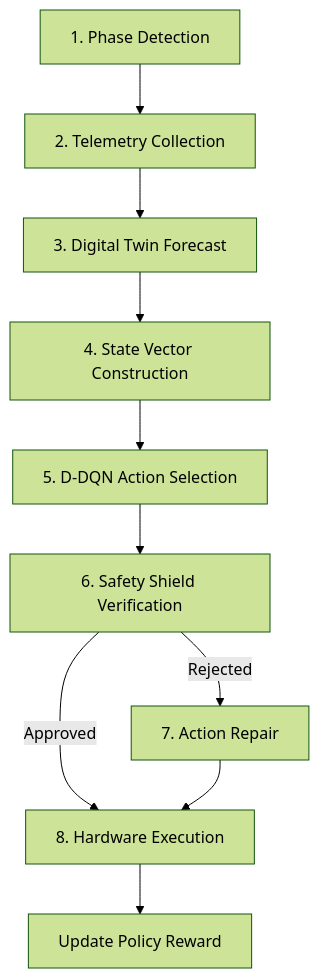
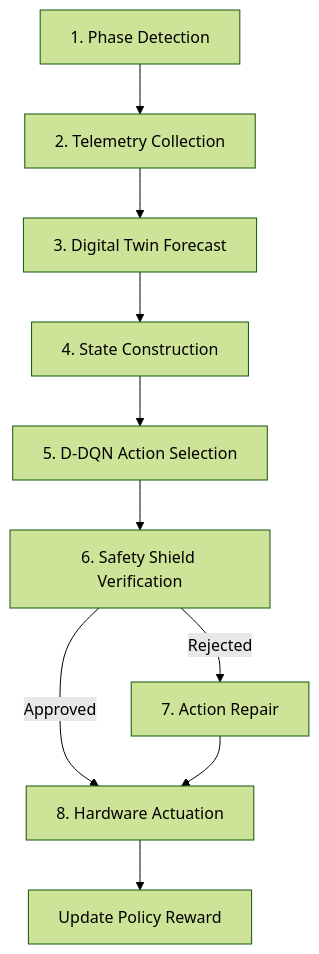
One commit to Sangeeth0301/thermo-llm changed the diagram in README.md. Above: the diagram before and after it, drawn with Mermaid (forest theme). The commit also changed other lines of this file, not shown here.

````diff
--- a/README.md
+++ b/README.md
@@ -73,12 +44,12 @@
 ```mermaid
 graph TD
     A[1. Phase Detection] --> B[2. Telemetry Collection]
     B --> C[3. Digital Twin Forecast]
-    C --> D[4. State Vector Construction]
+    C --> D[4. State Construction]
     D --> E[5. D-DQN Action Selection]
     E --> F[6. Safety Shield Verification]
-    F -- Approved --> H[8. Hardware Execution]
+    F -- Approved --> H[8. Hardware Actuation]
     F -- Rejected --> G[7. Action Repair]
     G --> H
     H --> I[Update Policy Reward]
 ```
````
